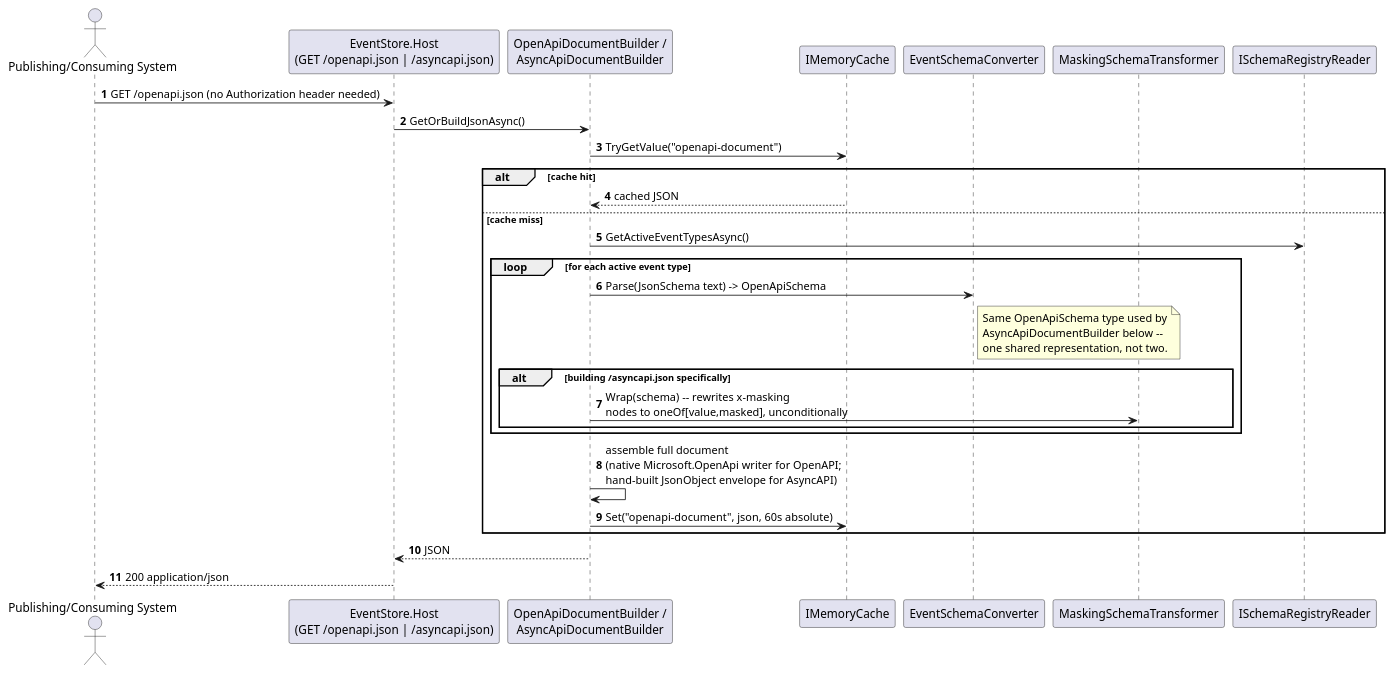
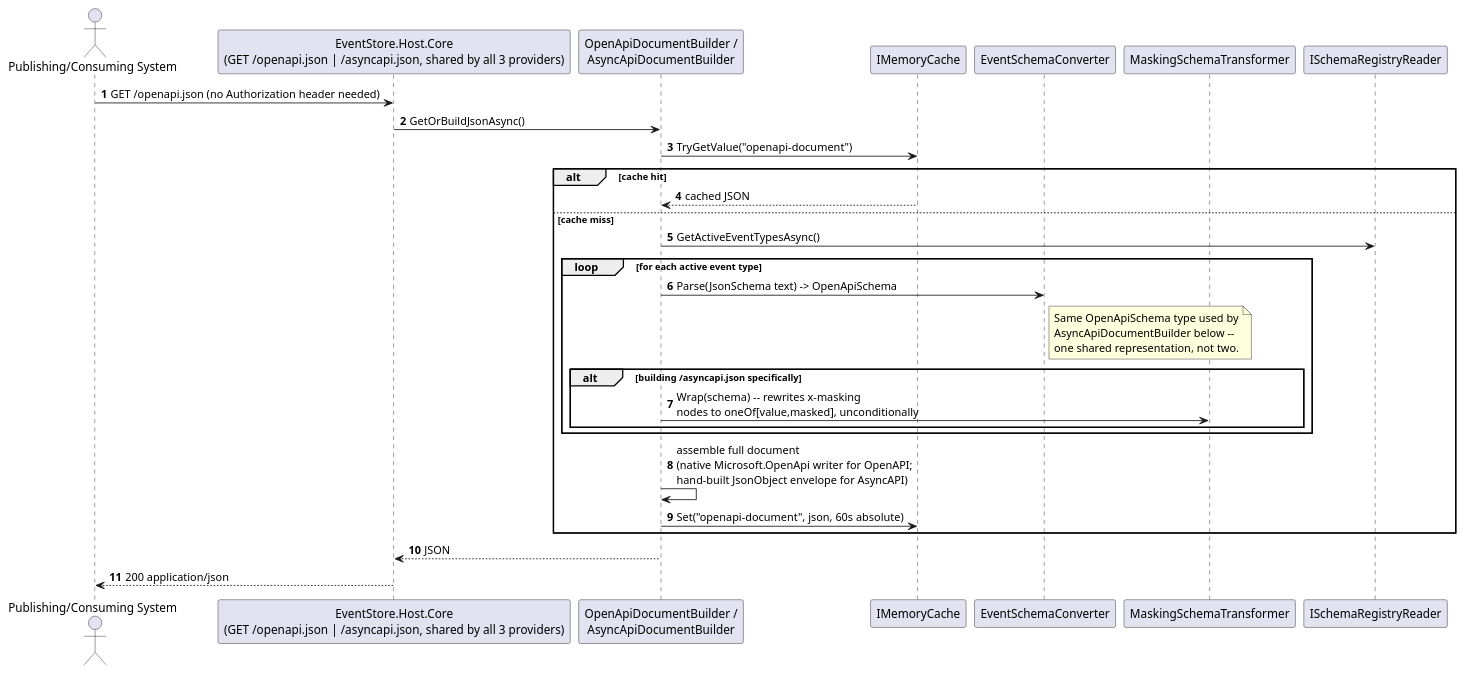
One commit to Mwwhited-BookLearning/EventSourcing changed the first of 2 diagrams in docs/features/spec-generation.md. Above: the diagram before and after it, drawn with PlantUML. The commit also changed 13 other files, not shown here.

````diff
--- a/docs/features/spec-generation.md
+++ b/docs/features/spec-generation.md
@@ -17,36 +17,36 @@
 ```plantuml
 @startuml SpecGeneration_Sequence
 autonumber
 actor "Publishing/Consuming System" as caller
-participant "EventStore.Host\n(GET /openapi.json | /asyncapi.json)" as endpoint
+participant "EventStore.Host.Core\n(GET /openapi.json | /asyncapi.json, shared by all 3 providers)" as endpoint
 participant "OpenApiDocumentBuilder /\nAsyncApiDocumentBuilder" as docBuilder
 participant "IMemoryCache" as cache
 participant "EventSchemaConverter" as converter
 participant "MaskingSchemaTransformer" as maskTransform
 participant "ISchemaRegistryReader" as registry
 
 caller -> endpoint: GET /openapi.json (no Authorization header needed)
 endpoint -> docBuilder: GetOrBuildJsonAsync()
 docBuilder -> cache: TryGetValue("openapi-document")
 alt cache hit
   cache --> docBuilder: cached JSON
 else cache miss
   docBuilder -> registry: GetActiveEventTypesAsync()
   loop for each active event type
     docBuilder -> converter: Parse(JsonSchema text) -> OpenApiSchema
     note right of converter
       Same OpenApiSchema type used by
       AsyncApiDocumentBuilder below --
       one shared representation, not two.
     end note
     alt building /asyncapi.json specifically
       docBuilder -> maskTransform: Wrap(schema) -- rewrites x-masking\nnodes to oneOf[value,masked], unconditionally
     end
   end
   docBuilder -> docBuilder: assemble full document\n(native Microsoft.OpenApi writer for OpenAPI;\nhand-built JsonObject envelope for AsyncAPI)
   docBuilder -> cache: Set("openapi-document", json, 60s absolute)
 end
 docBuilder --> endpoint: JSON
 endpoint --> caller: 200 application/json
 @enduml
 ```
````
